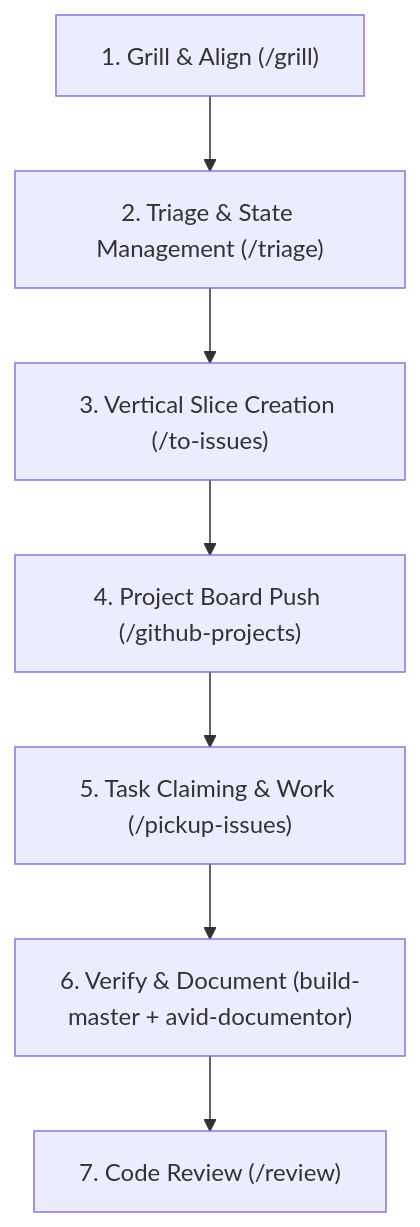
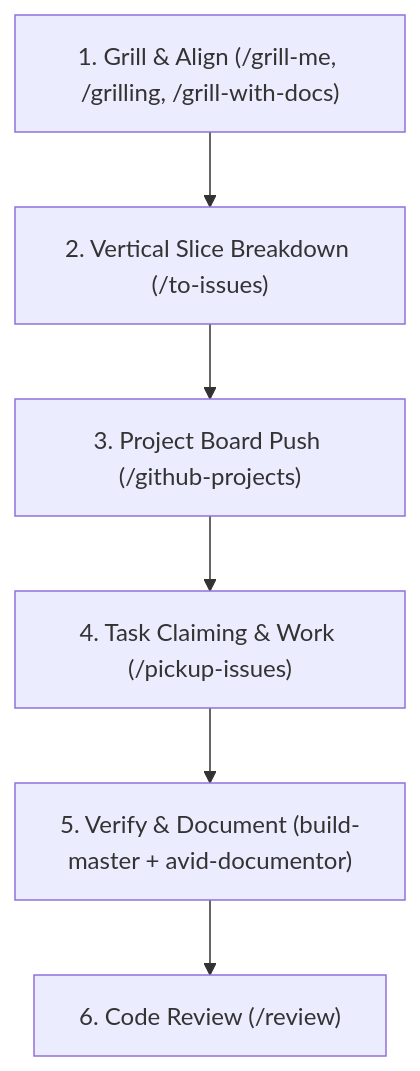
Before and after one commit to rasheedhere/gully-predict: the first of 2 diagrams in .agents/AGENTS.md, drawn with Mermaid. The commit also changed other lines of this file and 2 other files, not shown here.

Commit message:
feat: add tournament question and answer schema to SQL assistant with PostgreSQL JSON querying guidelines

````diff
--- a/.agents/AGENTS.md
+++ b/.agents/AGENTS.md
@@ -9,9 +11,8 @@
 ```mermaid
 graph TD
-    A["1. Grill & Align (/grill)"] --> B["2. Triage & State Management (/triage)"]
-    B --> C["3. Vertical Slice Creation (/to-issues)"]
-    C --> D["4. Project Board Push (/github-projects)"]
-    D --> E["5. Task Claiming & Work (/pickup-issues)"]
-    E --> F["6. Verify & Document (build-master + avid-documentor)"]
-    F --> G["7. Code Review (/review)"]
+    A["1. Grill & Align (/grill-me, /grilling, /grill-with-docs)"] --> B["2. Vertical Slice Breakdown (/to-issues)"]
+    B --> C["3. Project Board Push (/github-projects)"]
+    C --> D["4. Task Claiming & Work (/pickup-issues)"]
+    D --> E["5. Verify & Document (build-master + avid-documentor)"]
+    E --> F["6. Code Review (/review)"]
 ```
````
